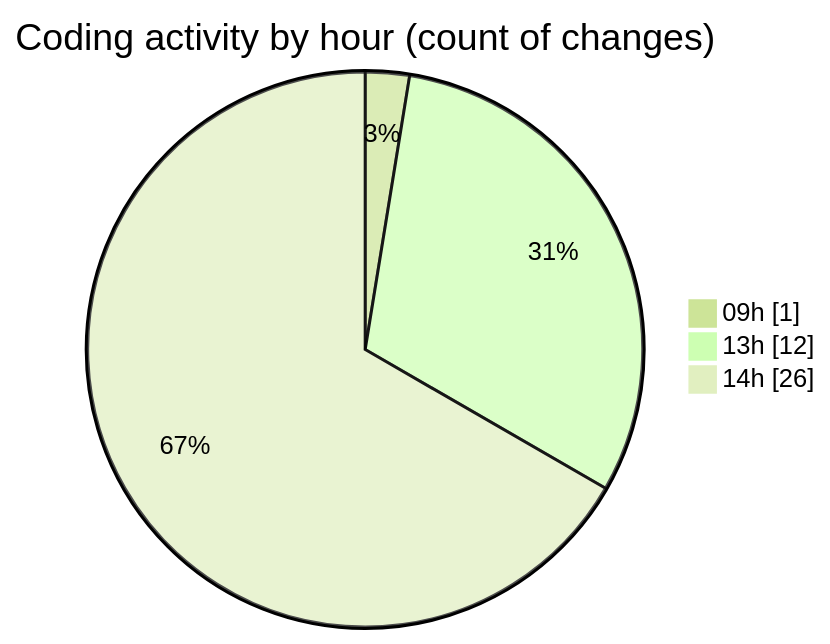
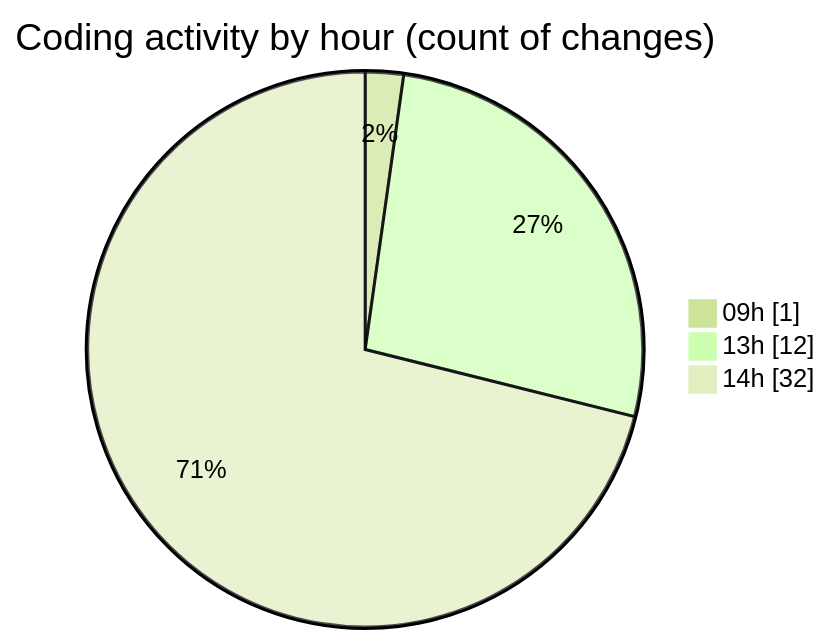
Before and after one commit to Elitesun/code-tracking: the second of 2 diagrams in 2025-05-21/niten/README.md, drawn with Mermaid (forest theme). The commit also changed other lines of this file and 1 other file, not shown here.

````diff
--- a/2025-05-21/niten/README.md
+++ b/2025-05-21/niten/README.md
@@ -47,7 +51,7 @@
 ```mermaid
 pie showData
 title Coding activity by hour (count of changes)
 "09h" : 1
 "13h" : 12
-"14h" : 26
+"14h" : 32
 ```
````
